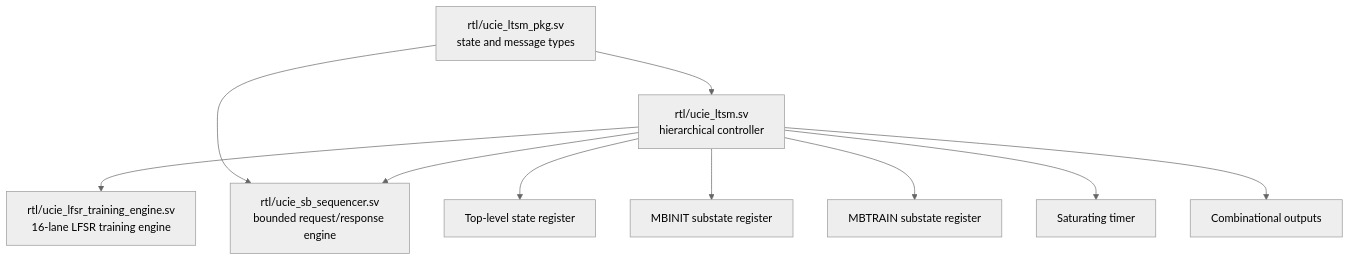
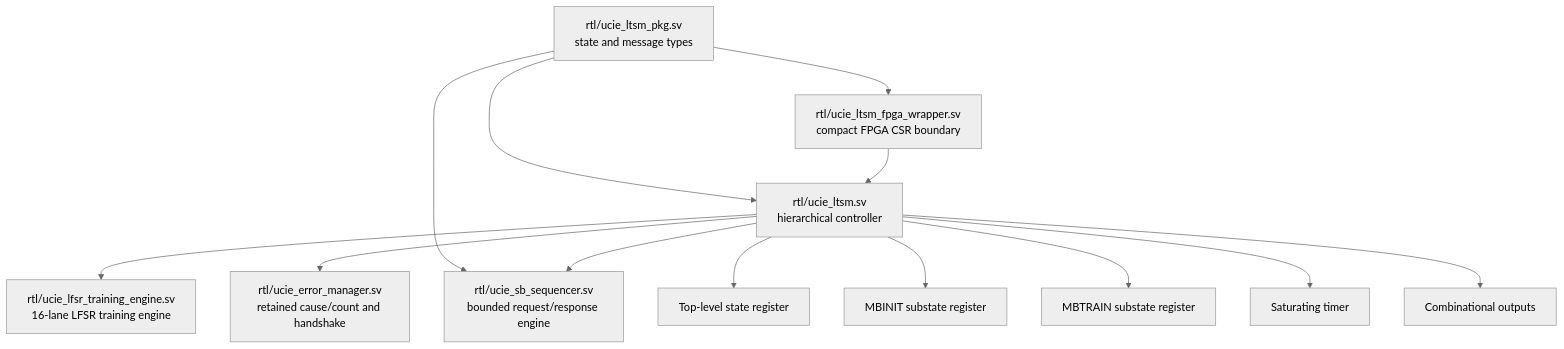
Before and after one commit to Varadain/ucie-ltsm: the diagram in docs/04_rtl/README.md, drawn with Mermaid (neutral theme). The commit also changed other lines of this file and 38 other files, not shown here.

````diff
--- a/docs/04_rtl/README.md
+++ b/docs/04_rtl/README.md
@@ -5,12 +5,15 @@
 ```mermaid
 flowchart TD
     PKG[rtl/ucie_ltsm_pkg.sv<br/>state and message types] --> DUT[rtl/ucie_ltsm.sv<br/>hierarchical controller]
+    PKG --> WRAP[rtl/ucie_ltsm_fpga_wrapper.sv<br/>compact FPGA CSR boundary]
+    WRAP --> DUT
     PKG --> SEQ[rtl/ucie_sb_sequencer.sv<br/>bounded request/response engine]
     DUT --> TRAIN[rtl/ucie_lfsr_training_engine.sv<br/>16-lane LFSR training engine]
+    DUT --> ERR[rtl/ucie_error_manager.sv<br/>retained cause/count and handshake]
     DUT --> SEQ
     DUT --> STATE[Top-level state register]
     DUT --> MBI[MBINIT substate register]
     DUT --> MBT[MBTRAIN substate register]
     DUT --> TIMER[Saturating timer]
     DUT --> OUT[Combinational outputs]
 ```
````
